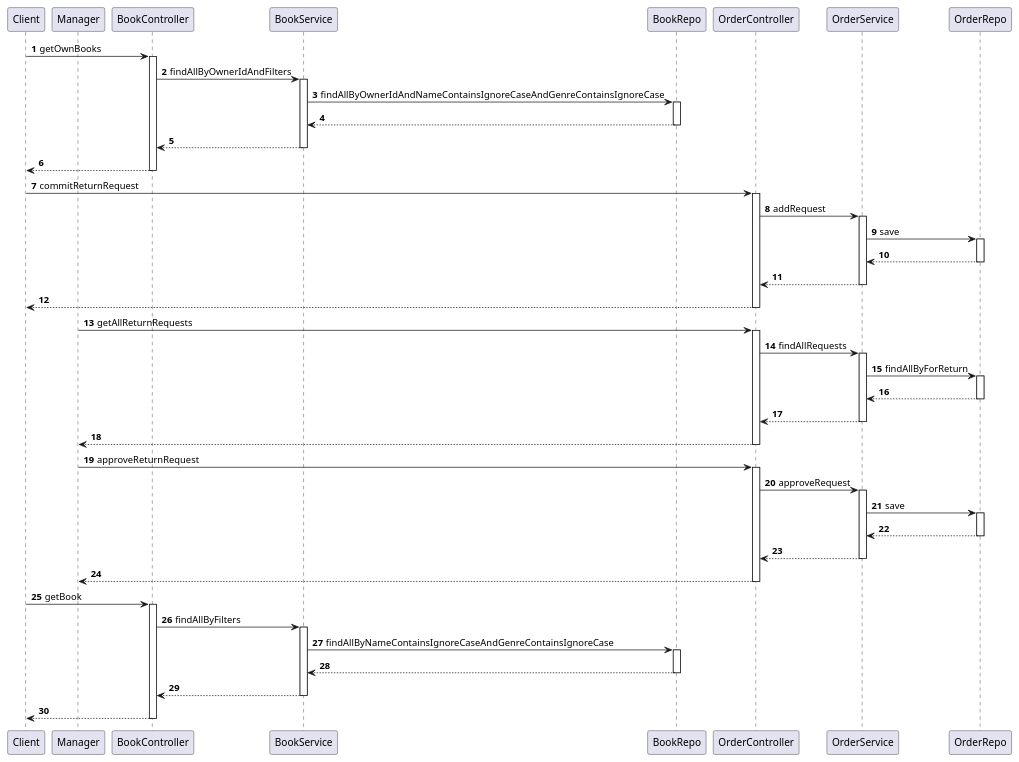
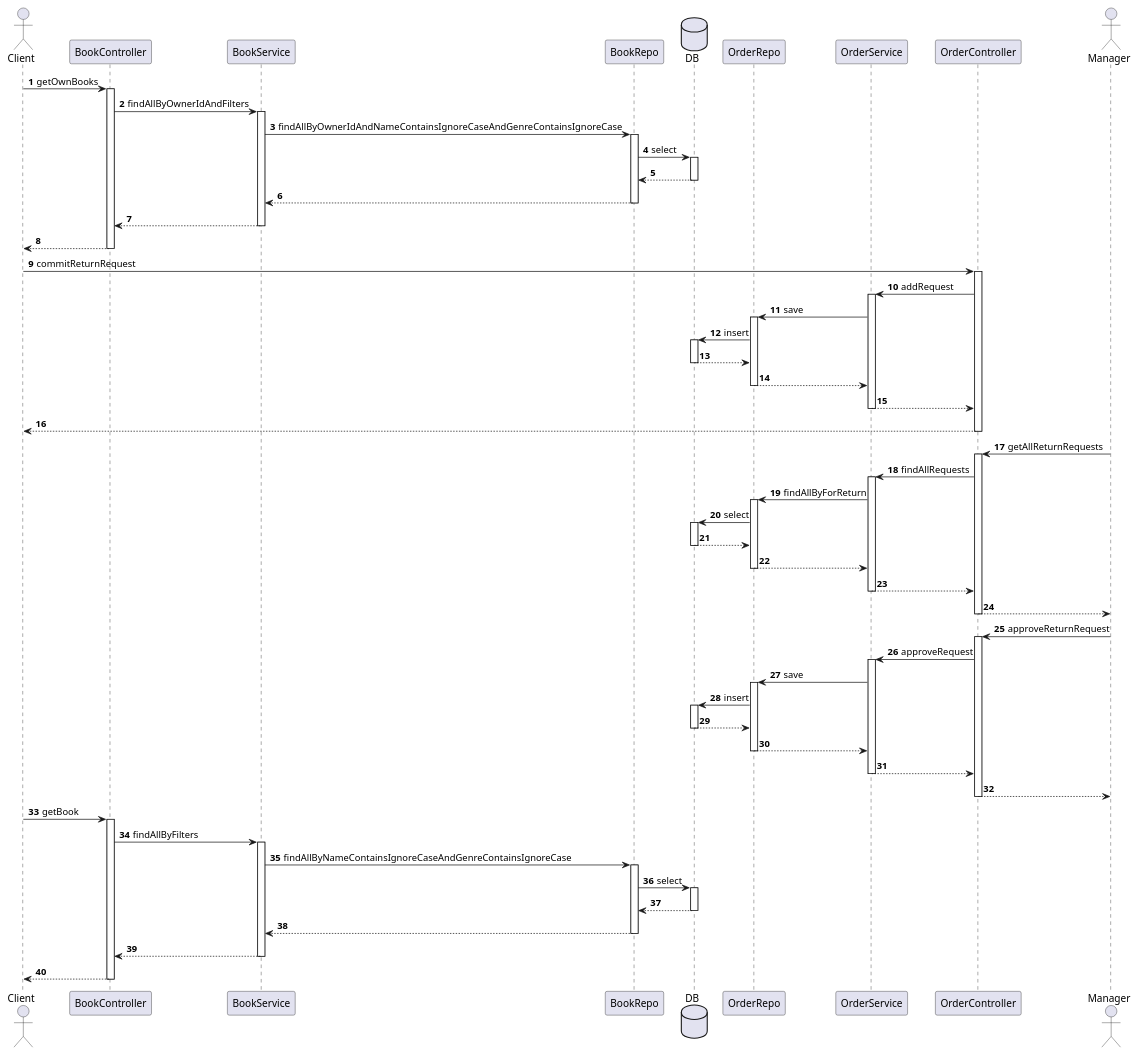
One commit to RepNazar/libcontrol changed the diagram in docs/uml/sequence/RequestSeq.puml. Above: the diagram before and after it, drawn with PlantUML. The commit also changed 8 other files, not shown here.

```diff
--- a/docs/uml/sequence/RequestSeq.puml
+++ b/docs/uml/sequence/RequestSeq.puml
@@ -1,76 +1,107 @@
 @startuml
 
-participant Client
-participant Manager
+actor Client
+
+participant BookController
+participant BookService
+participant BookRepo
+
+database DB
+
+participant OrderRepo
+participant OrderService
+participant OrderController
+
+actor Manager
 
 autonumber
 
 Client -> BookController : getOwnBooks
 activate BookController
     BookController -> BookService : findAllByOwnerIdAndFilters
     activate BookService
         BookService -> BookRepo : findAllByOwnerIdAndNameContainsIgnoreCaseAndGenreContainsIgnoreCase
         activate BookRepo
+            BookRepo -> DB : select
+            activate DB
+                DB --> BookRepo
+            deactivate DB
             BookRepo --> BookService
         deactivate BookRepo
         BookService --> BookController
     deactivate BookService
     BookController --> Client
 deactivate BookController
 
 Client -> OrderController : commitReturnRequest
 activate OrderController
     OrderController -> OrderService : addRequest
     activate OrderService
         OrderService -> OrderRepo : save
         activate OrderRepo
+            OrderRepo -> DB : insert
+            activate DB
+                DB --> OrderRepo
+            deactivate DB
             OrderRepo --> OrderService
         deactivate OrderRepo
         OrderService --> OrderController
     deactivate OrderService
     OrderController --> Client
 deactivate OrderController
 
 
 Manager -> OrderController : getAllReturnRequests
 activate OrderController
     OrderController -> OrderService : findAllRequests
     activate OrderService
         OrderService -> OrderRepo : findAllByForReturn
         activate OrderRepo
+            OrderRepo -> DB : select
+            activate DB
+                DB --> OrderRepo
+            deactivate DB
             OrderRepo --> OrderService
         deactivate OrderRepo
         OrderService --> OrderController
     deactivate OrderService
     OrderController --> Manager
 deactivate OrderController
 
 
 Manager -> OrderController : approveReturnRequest
 activate OrderController
     OrderController -> OrderService : approveRequest
     activate OrderService
         OrderService -> OrderRepo : save
         activate OrderRepo
+            OrderRepo -> DB : insert
+            activate DB
+                DB --> OrderRepo
+            deactivate DB
             OrderRepo --> OrderService
         deactivate OrderRepo
         OrderService --> OrderController
     deactivate OrderService
     OrderController --> Manager
 deactivate OrderController
 
 
 Client -> BookController : getBook
 activate BookController
     BookController -> BookService : findAllByFilters
     activate BookService
         BookService -> BookRepo : findAllByNameContainsIgnoreCaseAndGenreContainsIgnoreCase
         activate BookRepo
+            BookRepo -> DB : select
+            activate DB
+                DB --> BookRepo
+            deactivate DB
             BookRepo --> BookService
         deactivate BookRepo
         BookService --> BookController
     deactivate BookService
     BookController --> Client
 deactivate BookController
 
 @enduml
```
